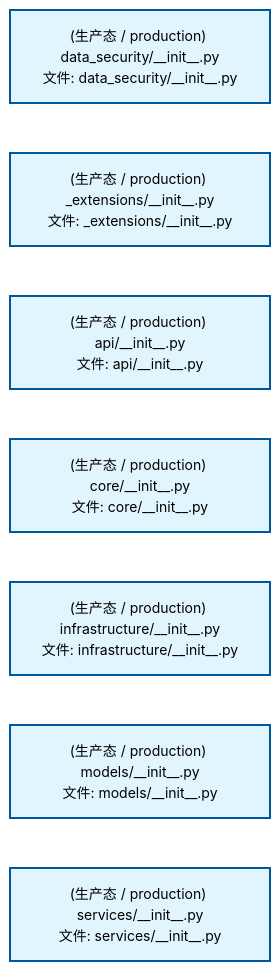
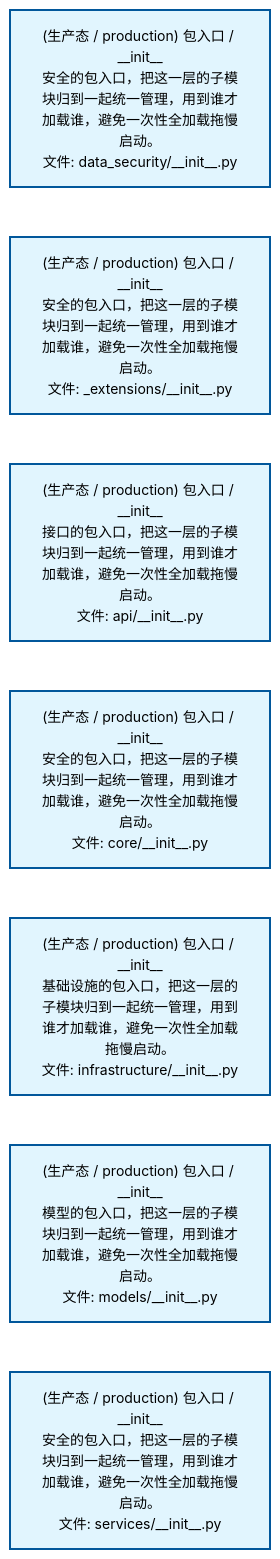
Before and after one commit to xuanFelixVan/ZephyrAlpha: the first of 2 diagrams in docs/02_enterprise_architecture/02_domain_architecture_docs/14_d_data_sec.md, drawn with Mermaid. The commit also changed other lines of this file and 60 other files, not shown here.

````diff
--- a/docs/02_enterprise_architecture/02_domain_architecture_docs/14_d_data_sec.md
+++ b/docs/02_enterprise_architecture/02_domain_architecture_docs/14_d_data_sec.md
@@ -53,22 +53,22 @@
 ```mermaid
 %%{init: {'theme': 'base', 'themeVariables': {'primaryColor': '#eaeaea', 'primaryTextColor': '#333333', 'primaryBorderColor': '#666666', 'lineColor': '#666666', 'secondaryColor': '#eaeaea', 'tertiaryColor': '#eaeaea', 'fontSize': '14px'}}}%%
 flowchart TD
-    src_zephyr_data_security_init_py["(生产态 / production) data_security/__init__.py<br/>文件: data_security/__init__.py"]
-    src_zephyr_data_security_extensions_init_py["(生产态 / production) _extensions/__init__.py<br/>文件: _extensions/__init__.py"]
-    src_zephyr_data_security_api_init_py["(生产态 / production) api/__init__.py<br/>文件: api/__init__.py"]
-    src_zephyr_data_security_core_init_py["(生产态 / production) core/__init__.py<br/>文件: core/__init__.py"]
-    src_zephyr_data_security_infrastructure_init_py["(生产态 / production) infrastructure/__init__.py<br/>文件: infrastructure/__init__.py"]
-    src_zephyr_data_security_models_init_py["(生产态 / production) models/__init__.py<br/>文件: models/__init__.py"]
-    src_zephyr_data_security_services_init_py["(生产态 / production) services/__init__.py<br/>文件: services/__init__.py"]
+    src_zephyr_data_security_init_py["(生产态 / production) 包入口 / __init__<br/>安全的包入口，把这一层的子模块归到一起统一管理，用到谁才加载谁，避免一次性全加载拖慢启动。<br/>文件: data_security/__init__.py"]
+    src_zephyr_data_security_extensions_init_py["(生产态 / production) 包入口 / __init__<br/>安全的包入口，把这一层的子模块归到一起统一管理，用到谁才加载谁，避免一次性全加载拖慢启动。<br/>文件: _extensions/__init__.py"]
+    src_zephyr_data_security_api_init_py["(生产态 / production) 包入口 / __init__<br/>接口的包入口，把这一层的子模块归到一起统一管理，用到谁才加载谁，避免一次性全加载拖慢启动。<br/>文件: api/__init__.py"]
+    src_zephyr_data_security_core_init_py["(生产态 / production) 包入口 / __init__<br/>安全的包入口，把这一层的子模块归到一起统一管理，用到谁才加载谁，避免一次性全加载拖慢启动。<br/>文件: core/__init__.py"]
+    src_zephyr_data_security_infrastructure_init_py["(生产态 / production) 包入口 / __init__<br/>基础设施的包入口，把这一层的子模块归到一起统一管理，用到谁才加载谁，避免一次性全加载拖慢启动。<br/>文件: infrastructure/__init__.py"]
+    src_zephyr_data_security_models_init_py["(生产态 / production) 包入口 / __init__<br/>模型的包入口，把这一层的子模块归到一起统一管理，用到谁才加载谁，避免一次性全加载拖慢启动。<br/>文件: models/__init__.py"]
+    src_zephyr_data_security_services_init_py["(生产态 / production) 包入口 / __init__<br/>安全的包入口，把这一层的子模块归到一起统一管理，用到谁才加载谁，避免一次性全加载拖慢启动。<br/>文件: services/__init__.py"]
     src_zephyr_data_security_init_py ~~~ src_zephyr_data_security_extensions_init_py
     src_zephyr_data_security_extensions_init_py ~~~ src_zephyr_data_security_api_init_py
     src_zephyr_data_security_api_init_py ~~~ src_zephyr_data_security_core_init_py
     src_zephyr_data_security_core_init_py ~~~ src_zephyr_data_security_infrastructure_init_py
     src_zephyr_data_security_infrastructure_init_py ~~~ src_zephyr_data_security_models_init_py
     src_zephyr_data_security_models_init_py ~~~ src_zephyr_data_security_services_init_py
     classDef production fill:#e1f5fe,stroke:#01579b,stroke-width:2px,color:#000
     classDef design fill:#fff3e0,stroke:#e65100,stroke-width:2px,color:#000,stroke-dasharray: 5 5
     classDef external_prod fill:#e8f4fd,stroke:#0277bd,stroke-width:1px,color:#000
     classDef external_design fill:#fff8e7,stroke:#ef6c00,stroke-width:1px,color:#000,stroke-dasharray: 5 5
     class src_zephyr_data_security_init_py,src_zephyr_data_security_extensions_init_py,src_zephyr_data_security_api_init_py,src_zephyr_data_security_core_init_py,src_zephyr_data_security_infrastructure_init_py,src_zephyr_data_security_models_init_py,src_zephyr_data_security_services_init_py production
 ```
````
